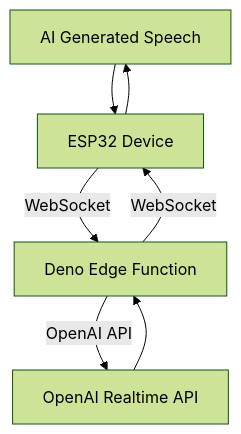
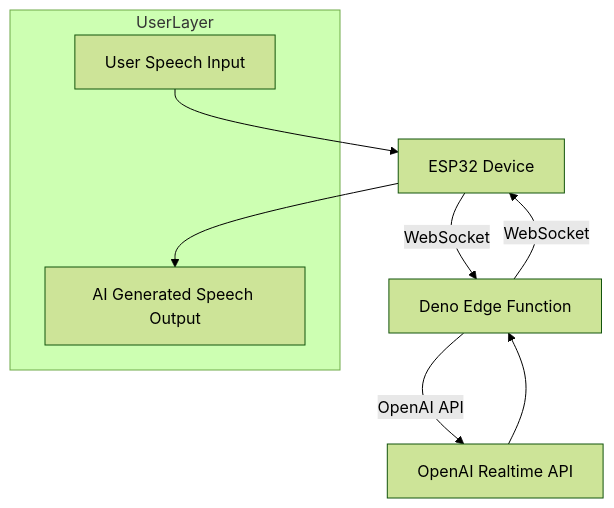
The first of 2 diagrams in README.md (presetslrdev/ElatoAI), drawn with Mermaid (forest theme) before and after one commit. The commit also changed 1 other file, not shown here.

Commit message:
updating usecases and mermaid chart

````diff
--- a/README.md
+++ b/README.md
@@ -175,9 +175,14 @@
 ```mermaid
 flowchart TD
-  User[User Speech] --> ESP32
+  subgraph UserLayer
+    UserInput[User Speech Input]
+    UserOutput[AI Generated Speech Output]
+  end
+  
+  UserInput --> ESP32
   ESP32[ESP32 Device] -->|WebSocket| Edge[Deno Edge Function]
   Edge -->|OpenAI API| OpenAI[OpenAI Realtime API]
   OpenAI --> Edge
   Edge -->|WebSocket| ESP32
-  ESP32 --> User[AI Generated Speech]
+  ESP32 --> UserOutput
 ```
````
